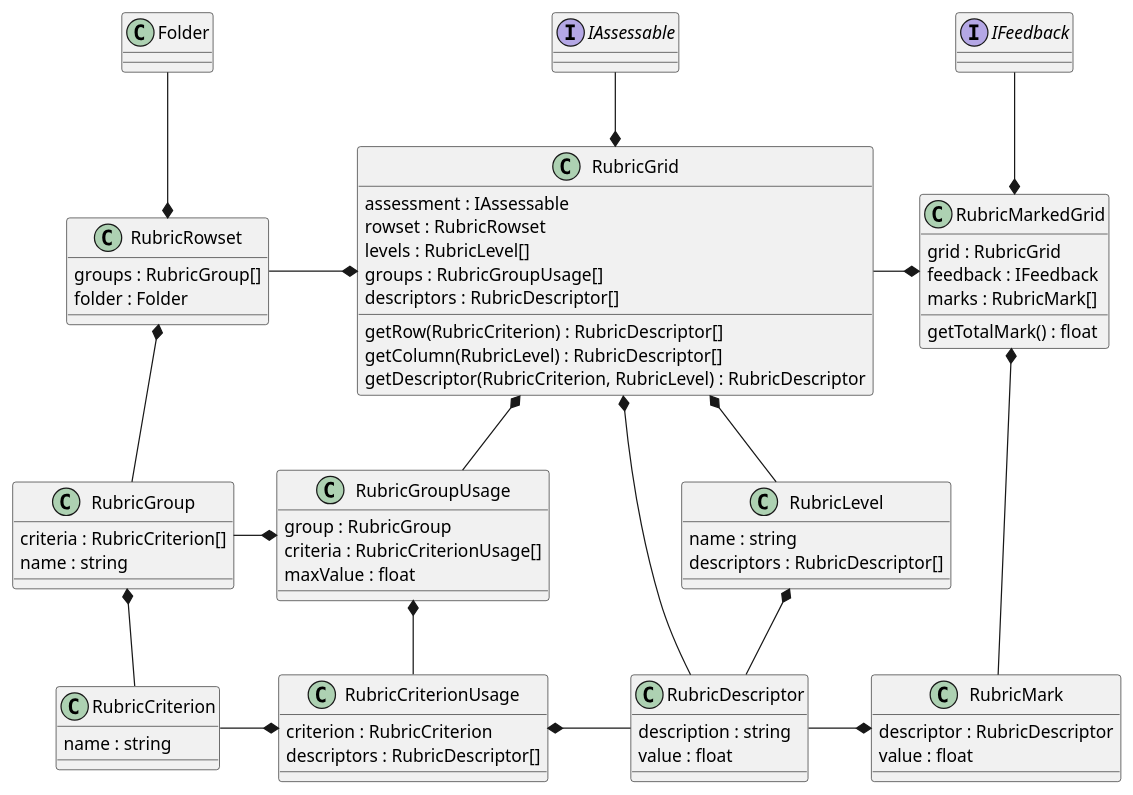
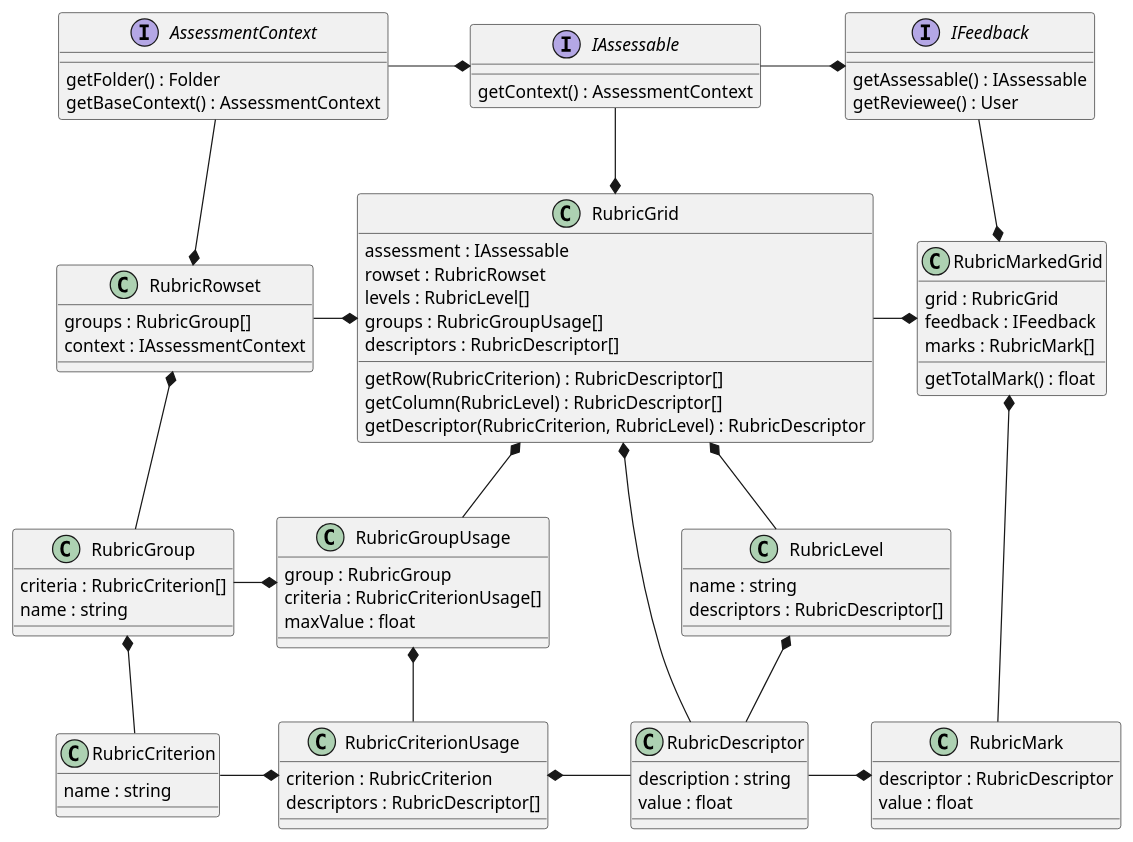
One commit to juliaattrevisan/schoolbox-api-docs changed the diagram in library/Schoolbox/Assessment/Component/SubmissionBox/Rubric/Rubric.plantuml. Above: the diagram before and after it, drawn with PlantUML.

Commit message:
Add methods and relations to contexts [SA-7281]

```diff
--- a/library/Schoolbox/Assessment/Component/SubmissionBox/Rubric/Rubric.plantuml
+++ b/library/Schoolbox/Assessment/Component/SubmissionBox/Rubric/Rubric.plantuml
@@ -1,81 +1,95 @@
 @startuml
 class RubricRowset {
     groups : RubricGroup[]
-    folder : Folder
+    context : IAssessmentContext
 }
 class RubricGroup {
     criteria : RubricCriterion[]
     name : string
 }
 class RubricCriterion {
     name : string
 }
 
-RubricRowset *-u- Folder
+interface AssessmentContext {
+    getFolder() : Folder
+    getBaseContext() : AssessmentContext
+}
+
+RubricRowset *-u- AssessmentContext
 RubricRowset *-d- RubricGroup
 RubricGroup *-d- RubricCriterion
 
 class RubricGrid {
     assessment : IAssessable
     rowset : RubricRowset
     levels : RubricLevel[]
     groups : RubricGroupUsage[]
     descriptors : RubricDescriptor[]
     getRow(RubricCriterion) : RubricDescriptor[]
     getColumn(RubricLevel) : RubricDescriptor[]
     getDescriptor(RubricCriterion, RubricLevel) : RubricDescriptor
 }
 
 class RubricGroupUsage {
     group : RubricGroup
     criteria : RubricCriterionUsage[]
     maxValue : float
 }
 
 class RubricCriterionUsage {
     criterion : RubricCriterion
     descriptors : RubricDescriptor[]
 }
 
 class RubricLevel {
     name : string
     descriptors : RubricDescriptor[]
 }
 
-interface IAssessable
+interface IAssessable {
+    getContext() : AssessmentContext
+}
 
 RubricGrid *-l- RubricRowset
 RubricGrid *-u- IAssessable
 RubricGrid *-d- RubricDescriptor
 RubricGrid *-d- RubricGroupUsage
 RubricGroupUsage *-l- RubricGroup
 RubricGroupUsage *-d- RubricCriterionUsage
 RubricCriterionUsage *-l- RubricCriterion
 RubricCriterionUsage *-r- RubricDescriptor
 RubricGrid *-d- RubricLevel
 RubricLevel *-r- RubricDescriptor
 
 class RubricMarkedGrid {
     grid : RubricGrid
     feedback : IFeedback
     marks : RubricMark[]
     getTotalMark() : float
 }
 
 class RubricMark {
     descriptor : RubricDescriptor
     value : float
 }
 
 class RubricDescriptor {
     description : string
     value : float
 }
 
-interface IFeedback
+interface IFeedback {
+    getAssessable() : IAssessable
+    getReviewee() : User
+}
 
 RubricMarkedGrid *-l- RubricGrid
 RubricMarkedGrid *-u- IFeedback
 RubricMarkedGrid *-d- RubricMark
 RubricMark *-l- RubricDescriptor
+
+IAssessable *-l- AssessmentContext
+IFeedback *-l- IAssessable
+
 @enduml
```
